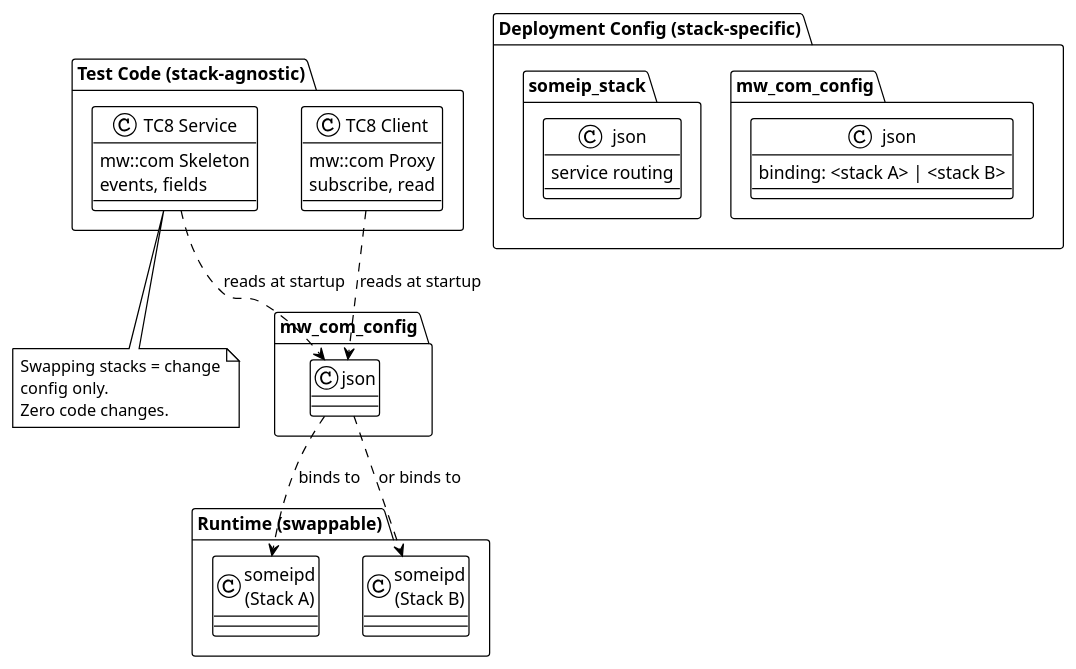
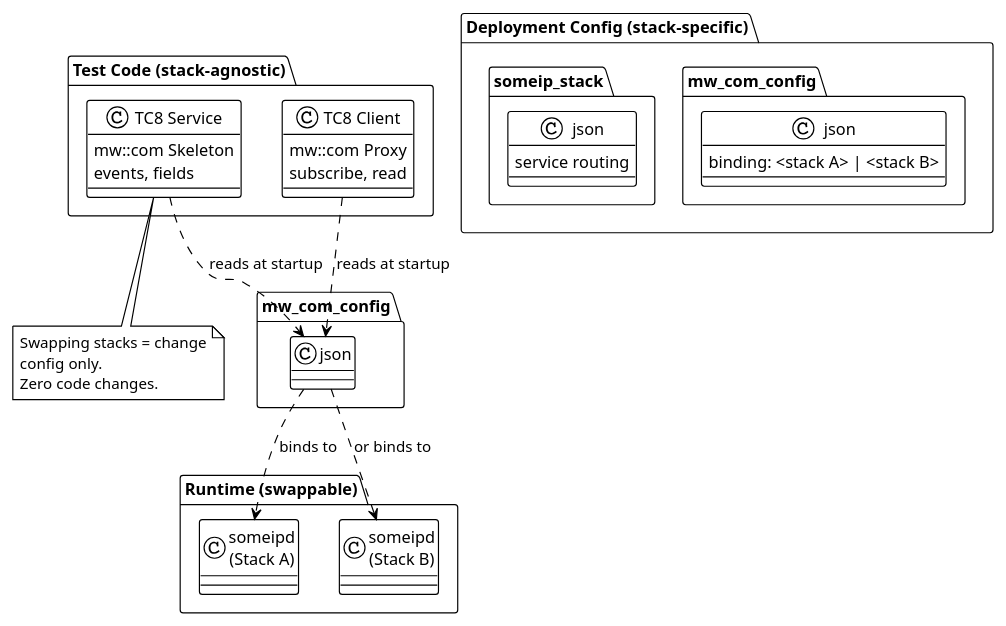
The sixth of 7 diagrams in docs/architecture/tc8_conformance_testing.rst (eclipse-score/inc_someip_gateway), drawn with PlantUML before and after one commit. The commit also changed other lines of this file and 5 other files, not shown here.

Commit message:
docs: trim TC8 architecture doc and move coverage to traceability.

```diff
--- a/docs/architecture/tc8_conformance_testing.rst
+++ b/docs/architecture/tc8_conformance_testing.rst
@@ -534,41 +323,42 @@
 .. uml::
 
    @startuml
    !theme plain
+   scale max 800 width
 
    package "Test Code (stack-agnostic)" {
      class "TC8 Service" {
        mw::com Skeleton
        events, fields
      }
      class "TC8 Client" {
        mw::com Proxy
        subscribe, read
      }
    }
 
    package "Deployment Config (stack-specific)" {
      class "mw_com_config.json" {
        binding: <stack A> | <stack B>
      }
      class "someip_stack.json" {
        service routing
      }
    }
 
    package "Runtime (swappable)" {
      class "someipd\n(Stack A)" as vS
      class "someipd\n(Stack B)" as eS
    }
 
    "TC8 Service" ..> "mw_com_config.json" : reads at startup
    "TC8 Client" ..> "mw_com_config.json" : reads at startup
    "mw_com_config.json" ..> vS : binds to
    "mw_com_config.json" ..> eS : or binds to
 
    note bottom of "TC8 Service"
      Swapping stacks = change
      config only.
      Zero code changes.
    end note
    @enduml
```
